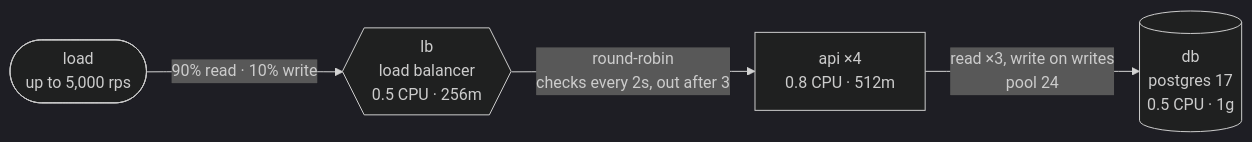
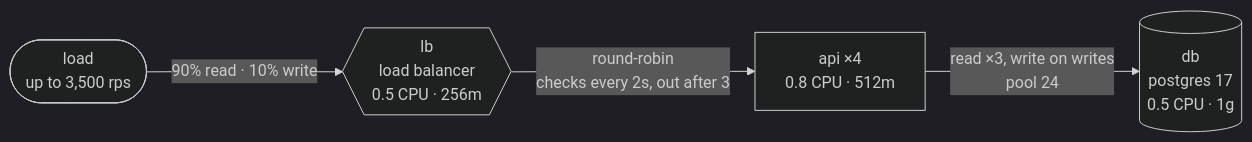
One commit to akinfemi/load-lore changed the diagram in scenarios/when-to-scale-your-database/README.md. Above: the diagram before and after it, drawn with Mermaid (dark theme). The commit also changed other lines of this file and 12 other files, not shown here.

````diff
--- a/scenarios/when-to-scale-your-database/README.md
+++ b/scenarios/when-to-scale-your-database/README.md
@@ -11,10 +11,10 @@
 ```mermaid
 flowchart LR
-    load(["load<br/>up to 5,000 rps"])
+    load(["load<br/>up to 3,500 rps"])
     lb{{"lb<br/>load balancer<br/>0.5 CPU · 256m"}}
     api["api ×4<br/>0.8 CPU · 512m"]
     db[("db<br/>postgres 17<br/>0.5 CPU · 1g")]
     load -->|"90% read · 10% write"| lb
     lb -->|"round-robin<br/>checks every 2s, out after 3"| api
     api -->|"read ×3, write on writes<br/>pool 24"| db
 ```
````
